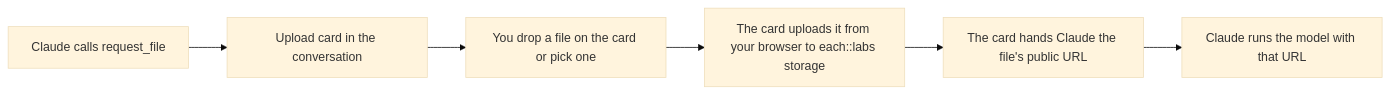
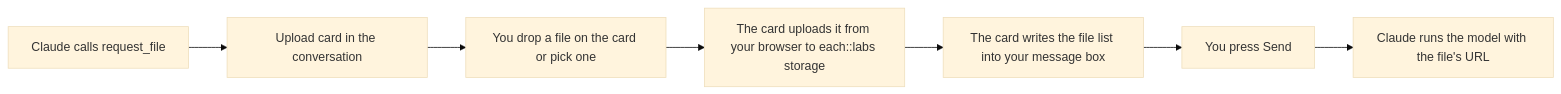
Before and after one commit to eachlabs/mintlify-docs: the second of 2 diagrams in mcp/claude-chat.mdx, drawn with Mermaid (base theme). The commit also changed other lines of this file and 1 other file, not shown here.

Commit message:
[ENG-5922] docs: upload card ends with a message the person sends

````diff
--- a/mcp/claude-chat.mdx
+++ b/mcp/claude-chat.mdx
@@ -144,8 +146,9 @@
 ```mermaid
 flowchart LR
   C["Claude calls request_file"] --> K["Upload card in the conversation"]
   K --> P["You drop a file on the card or pick one"]
   P --> U["The card uploads it from your browser to each::labs storage"]
-  U --> F["The card hands Claude the file's public URL"]
-  F --> R["Claude runs the model with that URL"]
+  U --> D["The card writes the file list into your message box"]
+  D --> S["You press Send"]
+  S --> R["Claude runs the model with the file's URL"]
 ```
````
